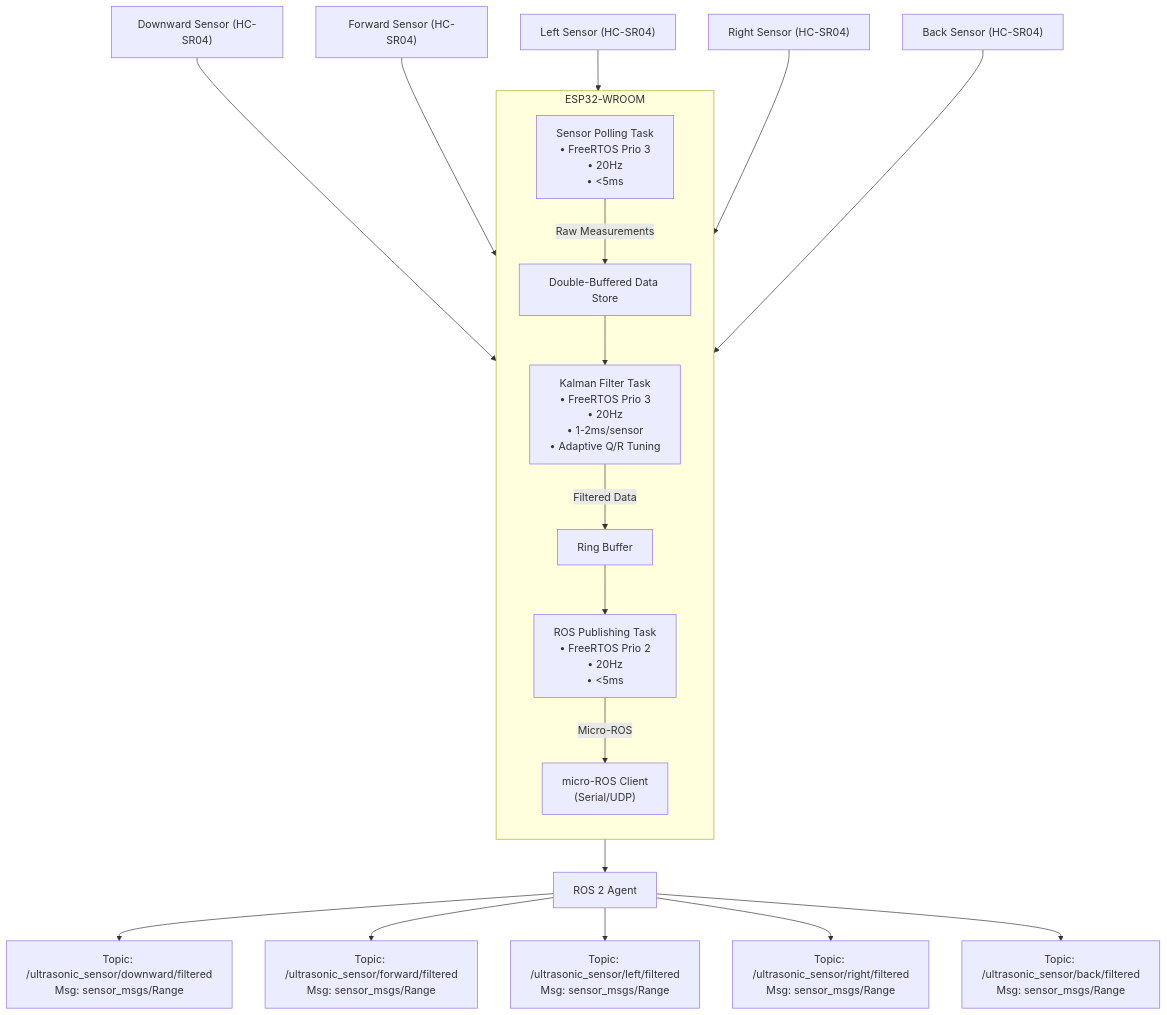
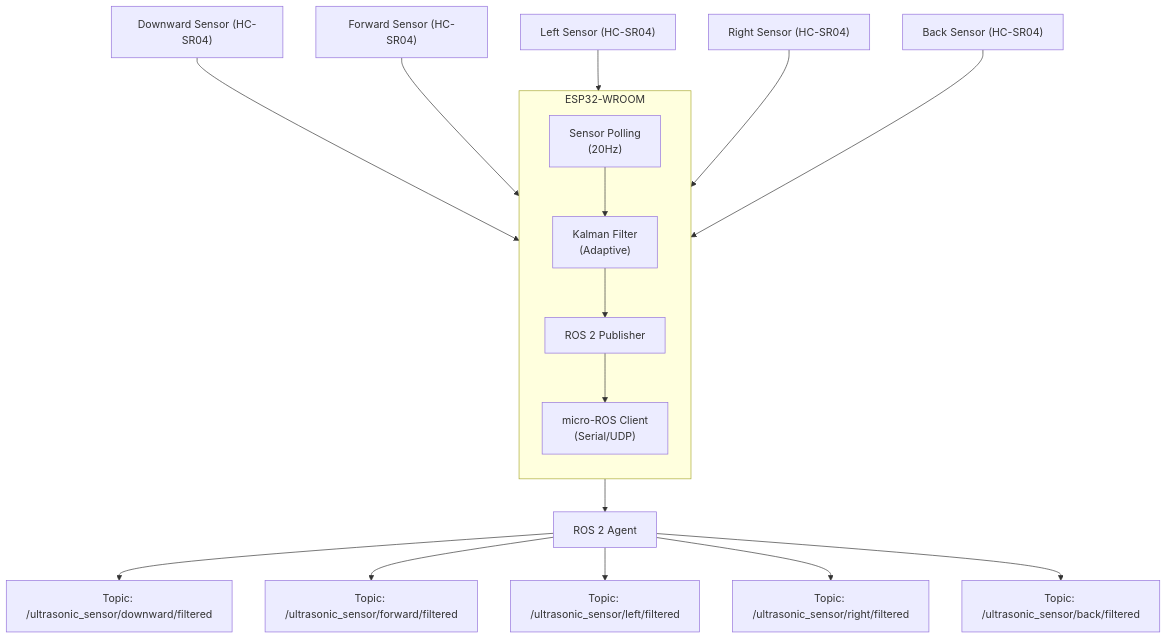
One commit to Adem-Aoun/ROSonicCam changed the second of 4 diagrams in README.md. Above: the diagram before and after it, drawn with Mermaid.

````diff
--- a/README.md
+++ b/README.md
@@ -61,24 +61,24 @@
 ```mermaid
 flowchart TB
     S1["Downward Sensor (HC-SR04)"] --> SP
     S2["Forward Sensor (HC-SR04)"] --> SP
     S3["Left Sensor (HC-SR04)"] --> SP
     S4["Right Sensor (HC-SR04)"] --> SP
     S5["Back Sensor (HC-SR04)"] --> SP
 
     subgraph ESP32["ESP32-WROOM"]
         direction TB
-        SP["Sensor Polling Task\n• FreeRTOS Prio 3\n• 20Hz\n• <5ms"] -->|Raw Measurements| B["Double-Buffered Data Store"]
-        B --> KF["Kalman Filter Task\n• FreeRTOS Prio 3\n• 20Hz\n• 1-2ms/sensor\n• Adaptive Q/R Tuning"]
-        KF -->|Filtered Data| F["Ring Buffer"]
-        F --> RP["ROS Publishing Task\n• FreeRTOS Prio 2\n• 20Hz\n• <5ms"]
-        RP -->|Micro-ROS| M
+        SP["Sensor Polling\n(20Hz)"] --> KF["Kalman Filter\n(Adaptive)"]
+        KF --> RP["ROS 2 Publisher"]
+        RP --> M["micro-ROS Client"]
     end
 
+
+
     M["micro-ROS Client\n(Serial/UDP)"] --> R["ROS 2 Agent"]
-    R --> T1["Topic: /ultrasonic_sensor/downward/filtered\nMsg: sensor_msgs/Range"]
-    R --> T2["Topic: /ultrasonic_sensor/forward/filtered\nMsg: sensor_msgs/Range"]
-    R --> T3["Topic: /ultrasonic_sensor/left/filtered\nMsg: sensor_msgs/Range"]
-    R --> T4["Topic: /ultrasonic_sensor/right/filtered\nMsg: sensor_msgs/Range"]
-    R --> T5["Topic: /ultrasonic_sensor/back/filtered\nMsg: sensor_msgs/Range"]
+    R --> T1["Topic: /ultrasonic_sensor/downward/filtered"]
+    R --> T2["Topic: /ultrasonic_sensor/forward/filtered"]
+    R --> T3["Topic: /ultrasonic_sensor/left/filtered"]
+    R --> T4["Topic: /ultrasonic_sensor/right/filtered"]
+    R --> T5["Topic: /ultrasonic_sensor/back/filtered"]
 ```
````
